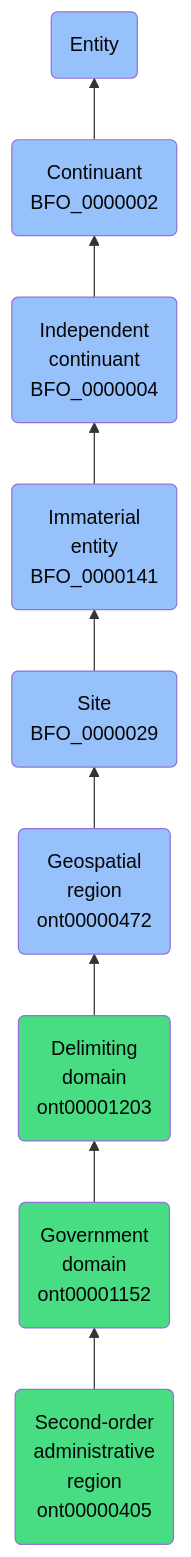
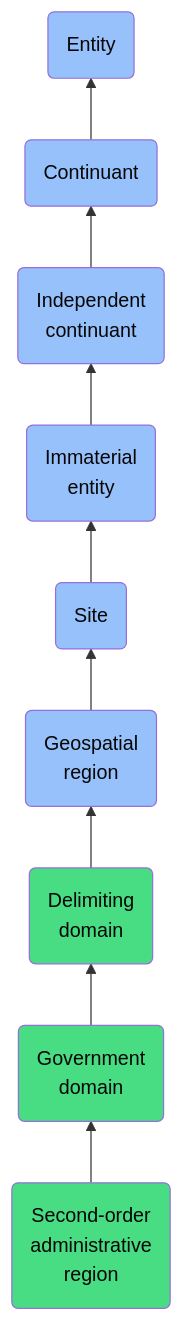
One commit to jupyter-naas/abi changed the diagram in docs/ontology/reference/model/Entity/Continuant/Independent continuant/Immaterial entity/Site/Geospatial region/Delimiting domain/Government domain/Second-order administrative region/Second-order administrative region.md. Above: the diagram before and after it, drawn with Mermaid. The commit also changed other lines of this file and 1430 other files, not shown here.

````diff
--- a/docs/ontology/reference/model/Entity/Continuant/Independent continuant/Immaterial entity/Site/Geospatial region/Delimiting domain/Government domain/Second-order administrative region/Second-order administrative region.md
+++ b/docs/ontology/reference/model/Entity/Continuant/Independent continuant/Immaterial entity/Site/Geospatial region/Delimiting domain/Government domain/Second-order administrative region/Second-order administrative region.md
@@ -24,16 +24,16 @@
 ```mermaid
 graph BT
-    ont00000405(Second-order<br>administrative<br>region<br>ont00000405):::ABI-->ont00001152
-    ont00001152(Government<br>domain<br>ont00001152):::ABI-->ont00001203
-    ont00001203(Delimiting<br>domain<br>ont00001203):::ABI-->ont00000472
-    ont00000472(Geospatial<br>region<br>ont00000472):::BFO-->BFO_0000029
-    BFO_0000029(Site<br>BFO_0000029):::BFO-->BFO_0000141
-    BFO_0000141(Immaterial<br>entity<br>BFO_0000141):::BFO-->BFO_0000004
-    BFO_0000004(Independent<br>continuant<br>BFO_0000004):::BFO-->BFO_0000002
-    BFO_0000002(Continuant<br>BFO_0000002):::BFO-->BFO_0000001
+    ont00000405(Second-order<br>administrative<br>region):::ABI-->ont00001152
+    ont00001152(Government<br>domain):::ABI-->ont00001203
+    ont00001203(Delimiting<br>domain):::ABI-->ont00000472
+    ont00000472(Geospatial<br>region):::BFO-->BFO_0000029
+    BFO_0000029(Site):::BFO-->BFO_0000141
+    BFO_0000141(Immaterial<br>entity):::BFO-->BFO_0000004
+    BFO_0000004(Independent<br>continuant):::BFO-->BFO_0000002
+    BFO_0000002(Continuant):::BFO-->BFO_0000001
     BFO_0000001(Entity):::BFO
     
     classDef BFO fill:#97c1fb,color:#060606
     classDef CCO fill:#e4c51e,color:#060606
     classDef ABI fill:#48DD82,color:#060606
 ```
````
